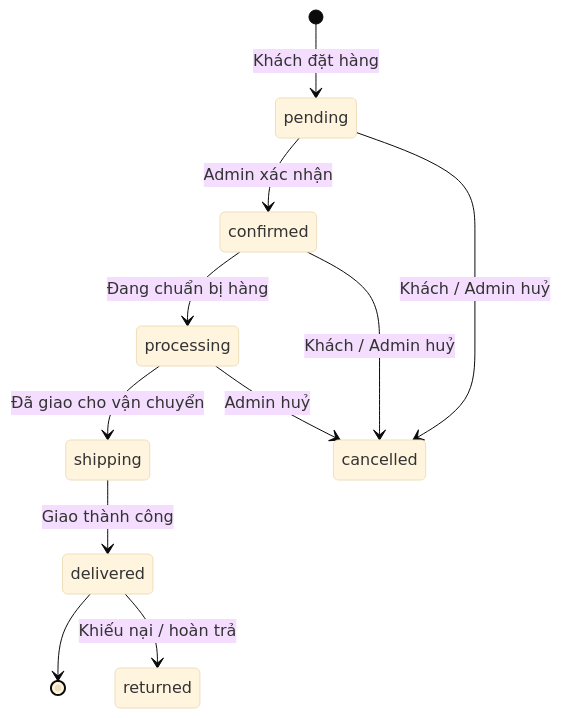
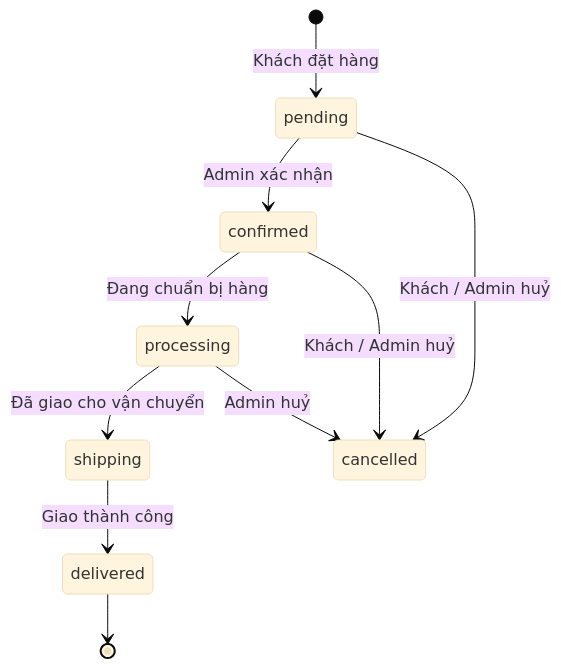
Before and after one commit to huyfls/zentech-du-an-1: the second of 3 diagrams in docs/ZenTech_Database_Design.md, drawn with Mermaid (base theme). The commit also changed 19 other files, not shown here.

Commit message:
Bỏ trạng thái hoàn hàng khỏi luồng đơn; nhận diện HTTPS sau tunnel; thêm ERD liên kết bảng; cập nhật báo cáo

````diff
--- a/docs/ZenTech_Database_Design.md
+++ b/docs/ZenTech_Database_Design.md
@@ -128,14 +128,13 @@
 ```mermaid
 stateDiagram-v2
     [*]         --> pending    : Khách đặt hàng
     pending     --> confirmed  : Admin xác nhận
     confirmed   --> processing : Đang chuẩn bị hàng
     processing  --> shipping   : Đã giao cho vận chuyển
     shipping    --> delivered  : Giao thành công
     delivered   --> [*]
 
     pending     --> cancelled  : Khách / Admin huỷ
     confirmed   --> cancelled  : Khách / Admin huỷ
     processing  --> cancelled  : Admin huỷ
-    delivered   --> returned   : Khiếu nại / hoàn trả
 ```
````
